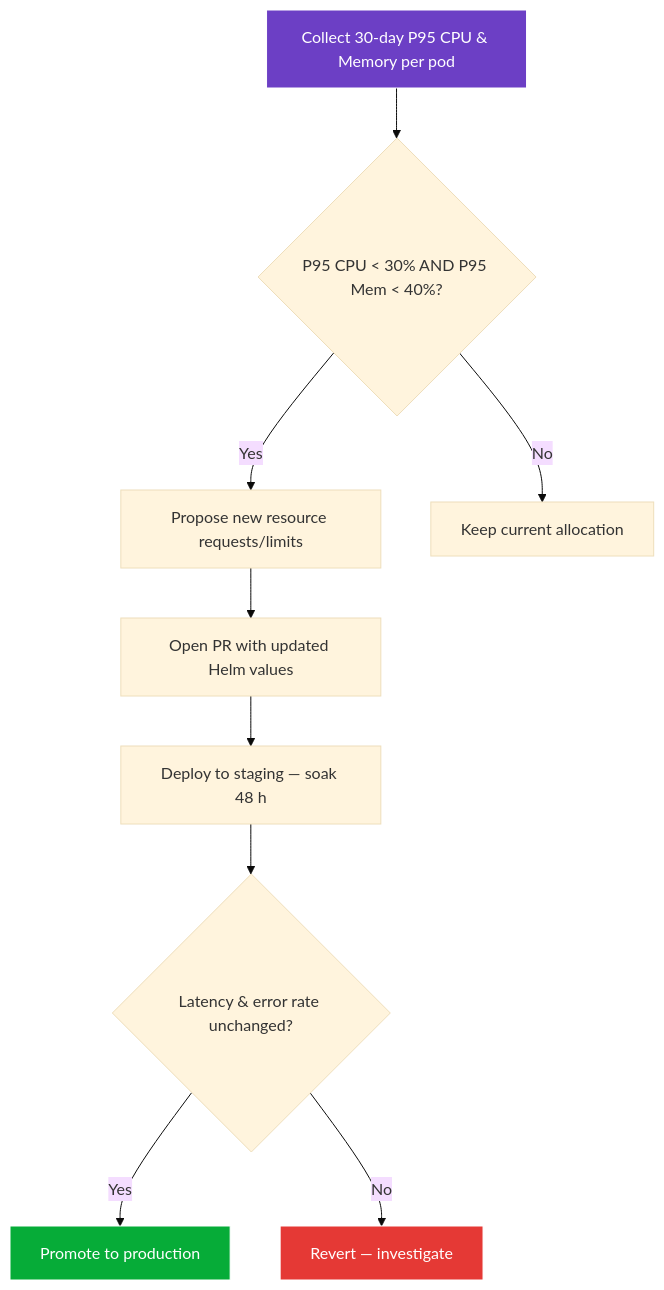
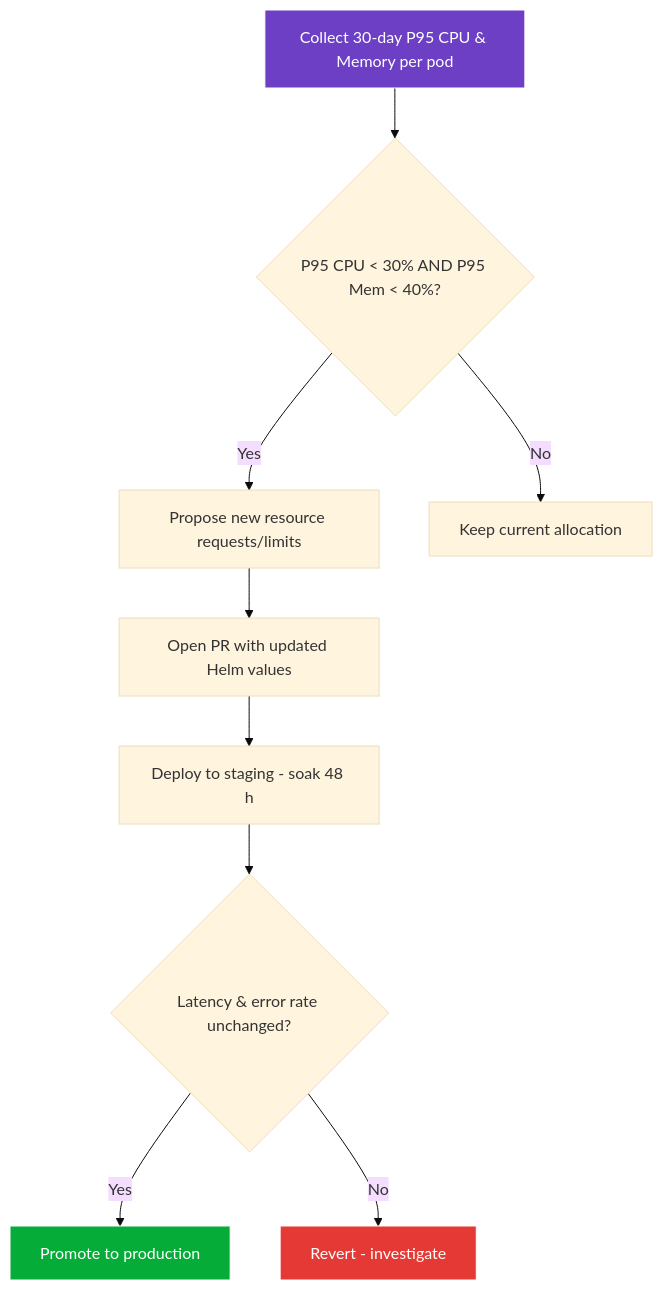
Before and after one commit to rishikeshdhokare/platform-manifesto: the third of 3 diagrams in 04-infrastructure-and-cloud/05-finops.md, drawn with Mermaid (base theme). The commit also changed other lines of this file and 22 other files, not shown here.

````diff
--- a/04-infrastructure-and-cloud/05-finops.md
+++ b/04-infrastructure-and-cloud/05-finops.md
@@ -161,15 +161,15 @@
 ```mermaid
 flowchart TD
     A[Collect 30-day P95 CPU & Memory per pod] --> B{P95 CPU < 30% AND P95 Mem < 40%?}
     B -->|Yes| C[Propose new resource requests/limits]
     B -->|No| D[Keep current allocation]
     C --> E[Open PR with updated Helm values]
-    E --> F[Deploy to staging — soak 48 h]
+    E --> F[Deploy to staging - soak 48 h]
     F --> G{Latency & error rate unchanged?}
     G -->|Yes| H[Promote to production]
-    G -->|No| I[Revert — investigate]
+    G -->|No| I[Revert - investigate]
 
     style A fill:#6C3FC5,stroke:#fff,color:#fff
     style H fill:#06AC38,stroke:#fff,color:#fff
     style I fill:#E53935,stroke:#fff,color:#fff
 ```
````
